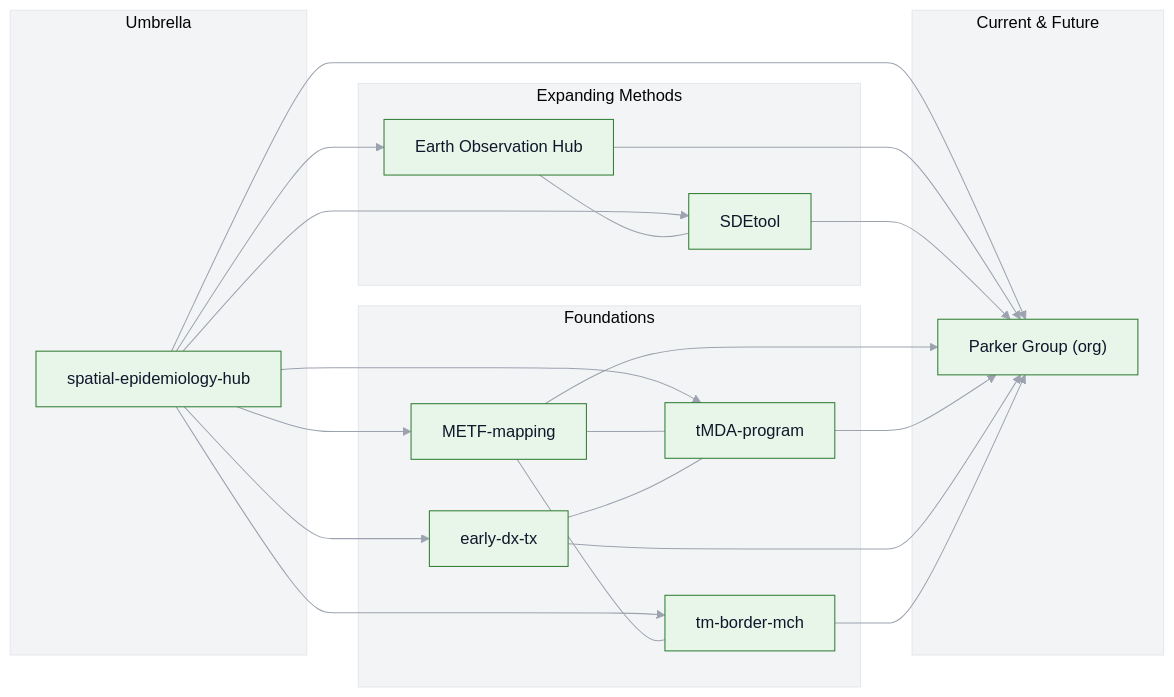
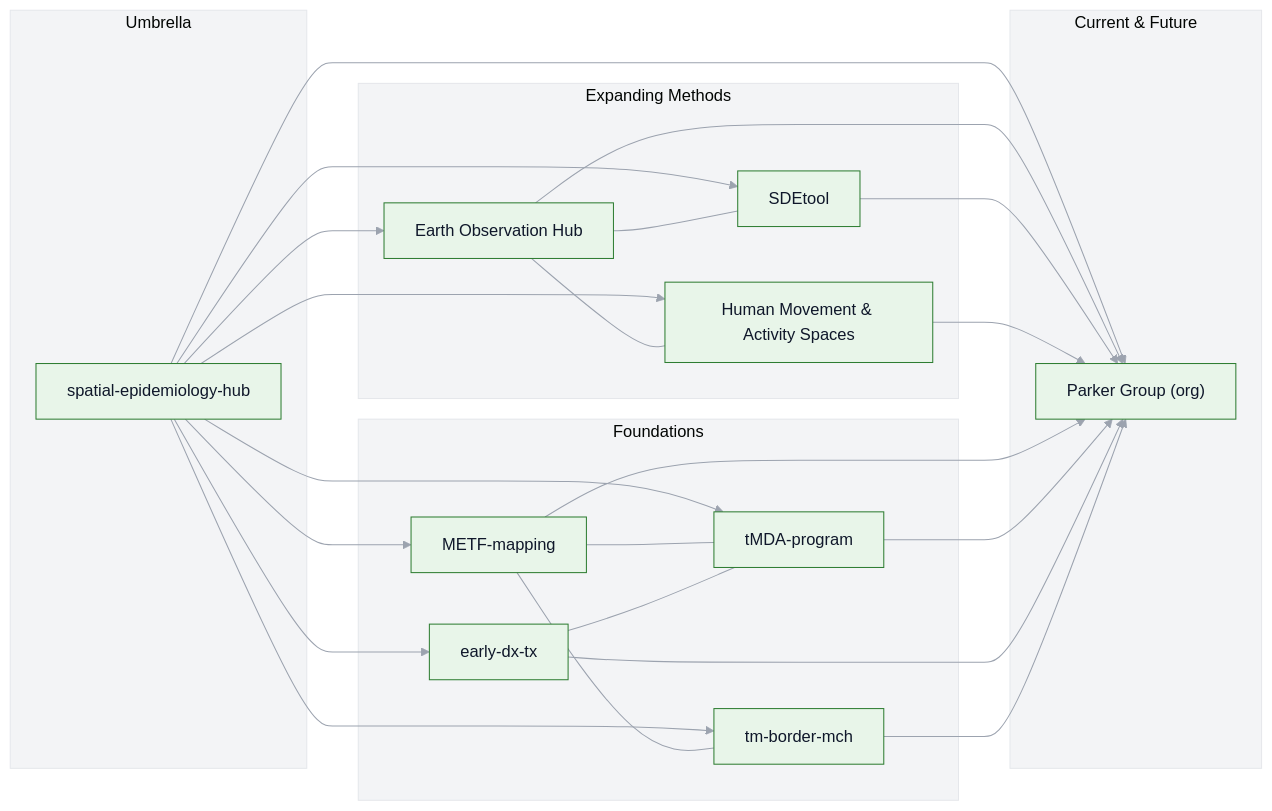
One commit to DMParker1/spatial-epidemiology-hub changed the diagram in README.md. Above: the diagram before and after it, drawn with Mermaid. The commit also changed other lines of this file, not shown here.

````diff
--- a/README.md
+++ b/README.md
@@ -40,51 +41,55 @@
 ```mermaid
 %%{init: {"theme":"base","themeVariables":{
   "background":"#FAFAFA",
   "clusterBkg":"#F3F4F6",
   "clusterBorder":"#E5E7EB",
   "primaryColor":"#E8F5E9",
   "primaryBorderColor":"#2E7D32",
   "primaryTextColor":"#0F172A",
   "lineColor":"#9CA3AF"
 }}}%%
 flowchart LR
   subgraph A[Foundations]
     METF["METF-mapping"]
     EDT["early-dx-tx"]
     MCH["tm-border-mch"]
     tMDA["tMDA-program"]
   end
 
   subgraph B[Expanding Methods]
     EO["Earth Observation Hub"]
     SDE["SDEtool"]
+    HM["Human Movement & Activity Spaces"]
   end
 
   subgraph C[Umbrella]
     GIS["spatial-epidemiology-hub"]
   end
 
   subgraph D[Current & Future]
     PG["Parker Group (org)"]
   end
 
   GIS --> METF
   GIS --> tMDA
   GIS --> EDT
   GIS --> MCH
   GIS --> EO
   GIS --> SDE
+  GIS --> HM
   GIS --> PG
 
   METF --- tMDA
   EDT --- tMDA
   METF --- MCH
   EO --- SDE
+  EO --- HM
 
   EO --> PG
   SDE --> PG
+  HM --> PG
   METF --> PG
   tMDA --> PG
   EDT --> PG
   MCH --> PG
 ```
````
